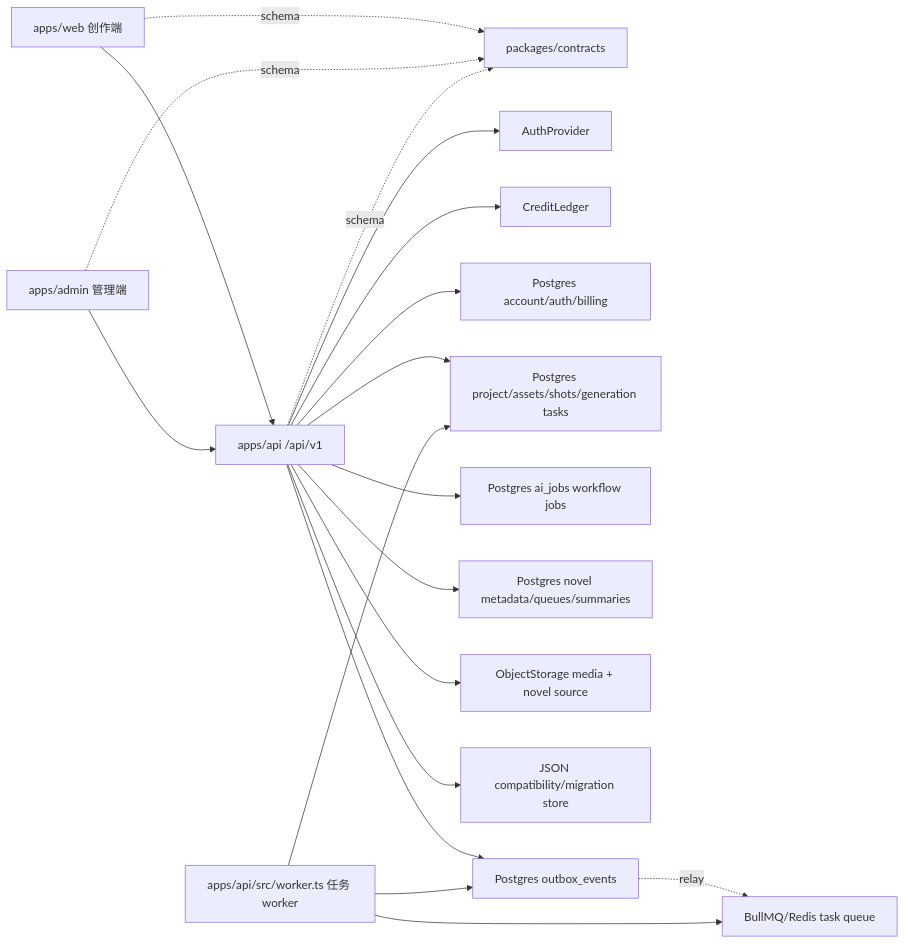
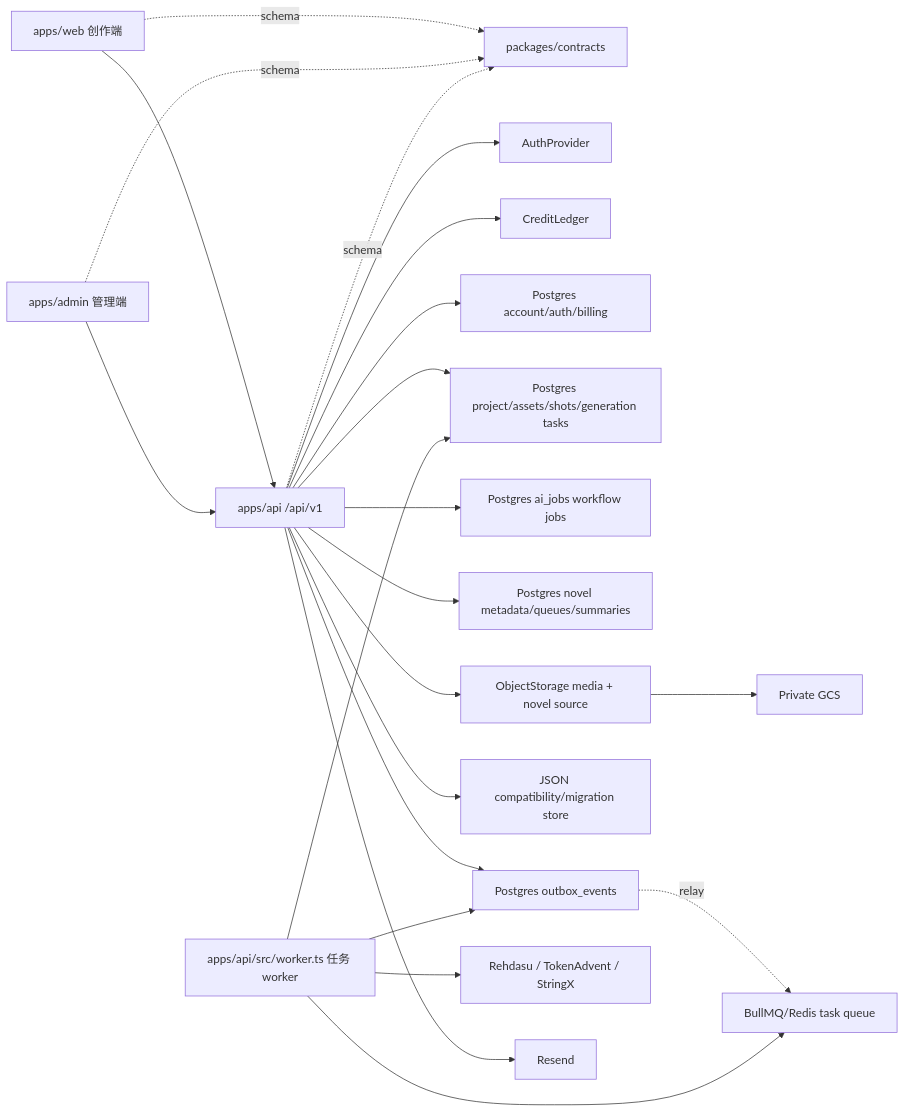
The diagram in docs/ARCHITECTURE.md (usaaron/AIGC_Video_Platform), drawn with Mermaid before and after one commit. The commit also changed other lines of this file and 25 other files, not shown here.

````diff
--- a/docs/ARCHITECTURE.md
+++ b/docs/ARCHITECTURE.md
@@ -7,21 +9,24 @@
 ```mermaid
 flowchart LR
   Web["apps/web 创作端"] --> API["apps/api /api/v1"]
   Admin["apps/admin 管理端"] --> API
   Web -. schema .-> Contracts["packages/contracts"]
   Admin -. schema .-> Contracts
   API -. schema .-> Contracts
   API --> Auth["AuthProvider"]
   API --> Ledger["CreditLedger"]
   API --> AccountDb["Postgres account/auth/billing"]
   API --> ProjectDb["Postgres project/assets/shots/generation tasks"]
   API --> AiJobs["Postgres ai_jobs workflow jobs"]
   API --> NovelDb["Postgres novel metadata/queues/summaries"]
   API --> ObjectStorage["ObjectStorage media + novel source"]
   API --> Store["JSON compatibility/migration store"]
   API --> Outbox["Postgres outbox_events"]
   Outbox -. relay .-> Queue["BullMQ/Redis task queue"]
   Worker["apps/api/src/worker.ts 任务 worker"] --> Queue
   Worker --> ProjectDb
   Worker --> Outbox
+  Worker --> Providers["Rehdasu / TokenAdvent / StringX"]
+  API --> Mail["Resend"]
+  ObjectStorage --> GCS["Private GCS"]
 ```
````
